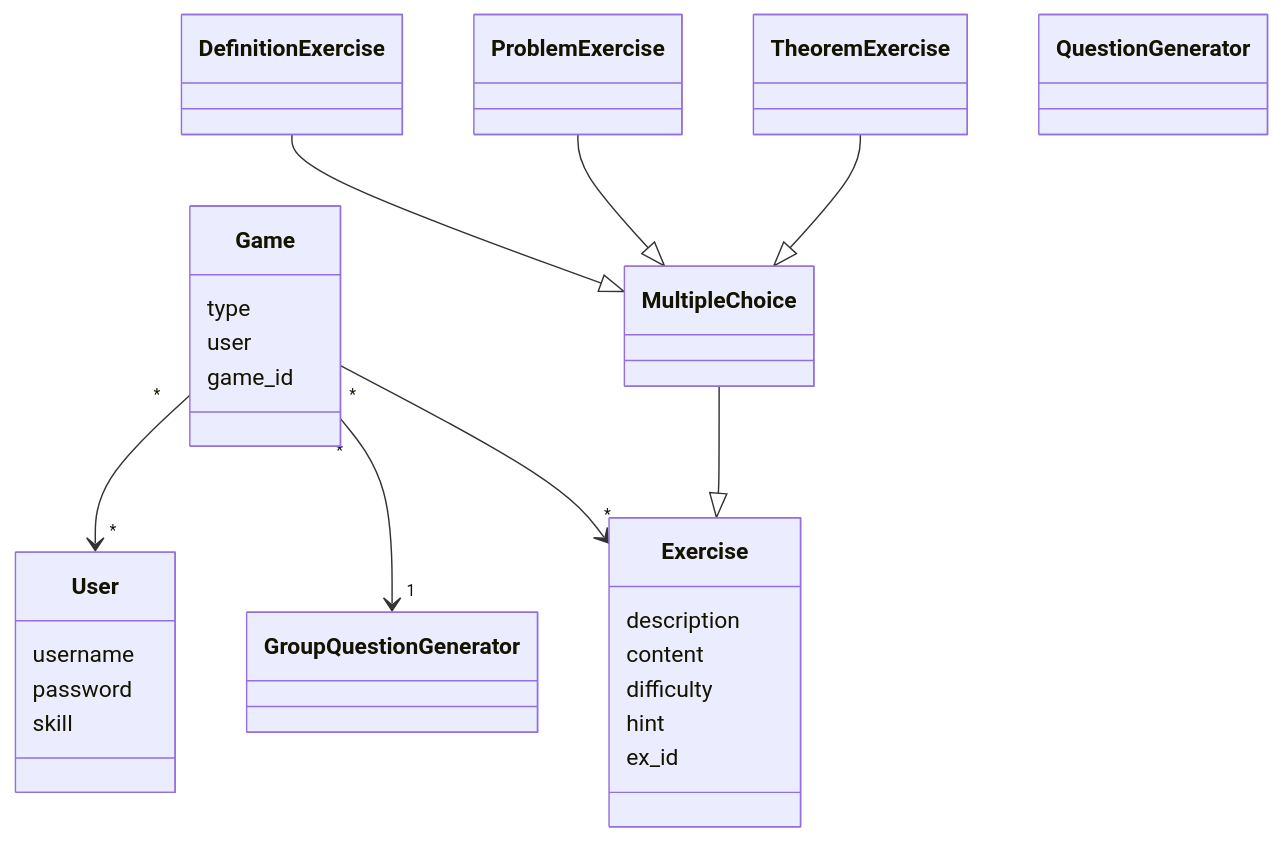
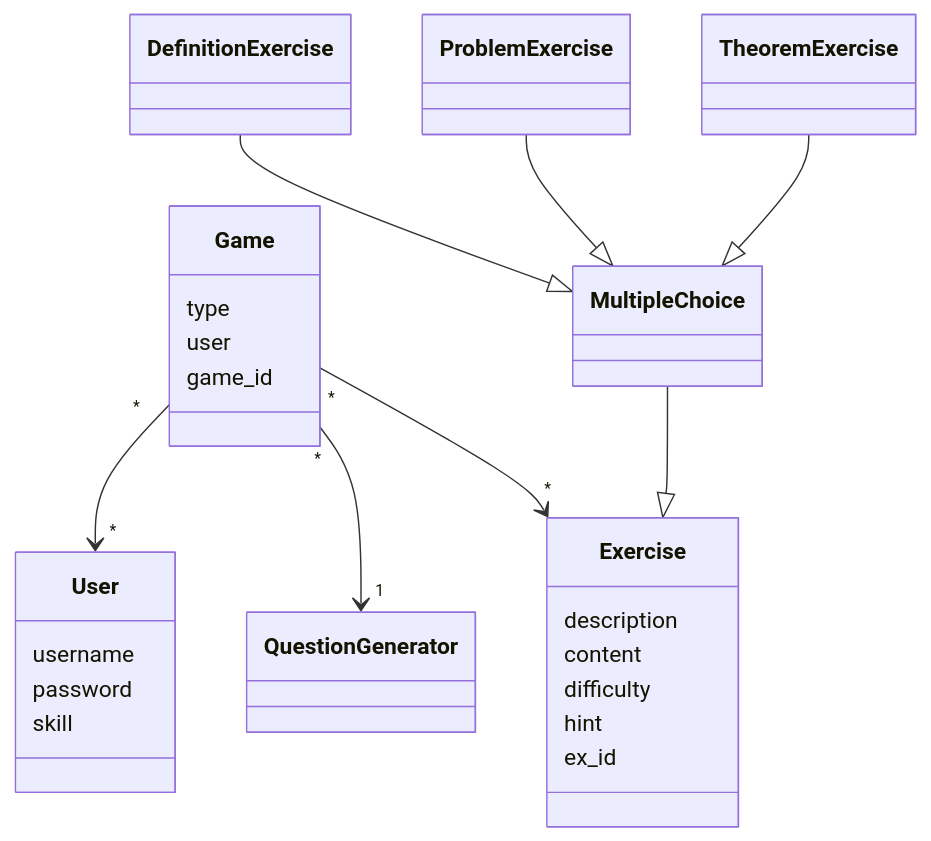
The first of 2 diagrams in dokumentaatio/arkkitehtuuri.md (immone/ot-harjoitustyo-s2023), drawn with Mermaid before and after one commit.

````diff
--- a/dokumentaatio/arkkitehtuuri.md
+++ b/dokumentaatio/arkkitehtuuri.md
@@ -20,37 +20,37 @@
 ```mermaid
  classDiagram
     Game "*" --> "*" User
-    Game "*" --> "1" GroupQuestionGenerator
+    Game "*" --> "1" QuestionGenerator
     Game "*" --> "*" Exercise
       MultipleChoice --|> Exercise
       DefinitionExercise --|> MultipleChoice
       ProblemExercise --|> MultipleChoice
       TheoremExercise --|> MultipleChoice
       class User{
           username
           password
           skill
       }
       class Game{
           type
           user
           game_id
       }
       class Exercise{
           description
           content
           difficulty
           hint
           ex_id
       }
       class QuestionGenerator{
       }
       class MultipleChoice{
       }
       class DefinitionExercise{
       }
       class ProblemExercise{
       }
       class TheoremExercise{
       }
 ```
````
